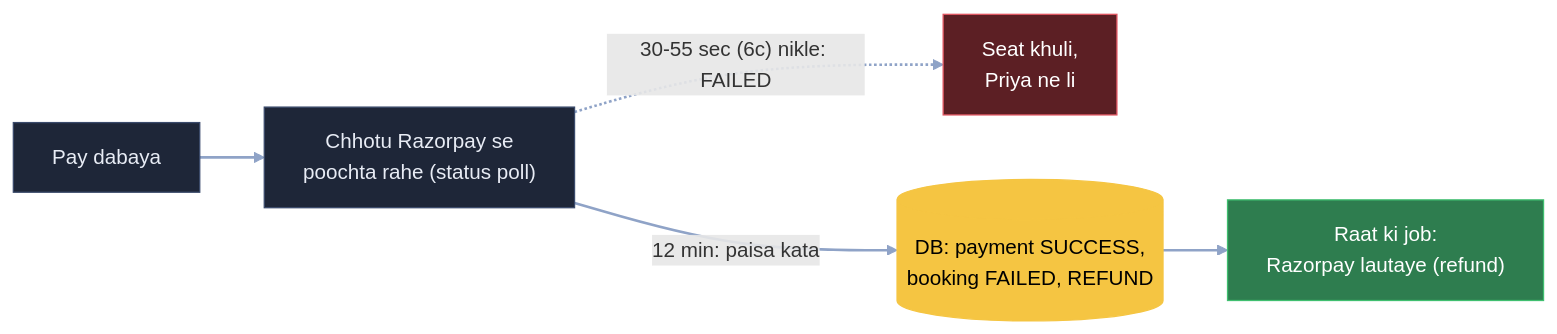
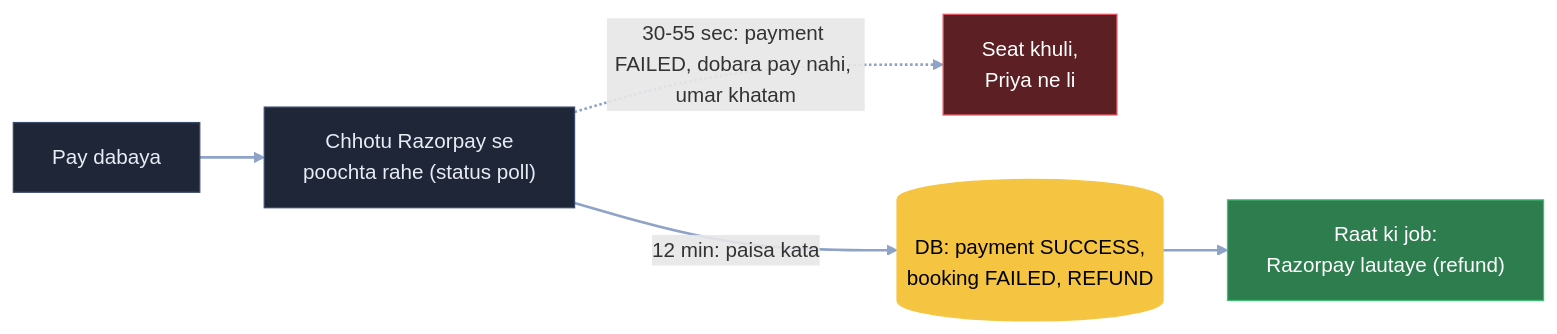
One commit to ArpanMaheshwari144/Prep changed the ninth of 11 diagrams in 04_HLD/SYSTEM_DESIGNS/09_bookmyshow/09_bookmyshow.md. Above: the diagram before and after it, drawn with Mermaid. The commit also changed other lines of this file and 2 other files, not shown here.

Commit message:
BMS 6a-6f: Arpan ka faisla - 30-55 sec pe payment FAILED par seat mat chhodo (bachi umar tak HELD, dobara pay doosre PSP pe); 6a misaal 5:20, 6e kadi, state diagram, FR, chain

````diff
--- a/04_HLD/SYSTEM_DESIGNS/09_bookmyshow/09_bookmyshow.md
+++ b/04_HLD/SYSTEM_DESIGNS/09_bookmyshow/09_bookmyshow.md
@@ -325,12 +330,12 @@
 ```mermaid
 flowchart LR
     P["Pay dabaya"]:::card --> C["Chhotu Razorpay se<br/>poochta rahe (status poll)"]:::card
-    C -. "30-55 sec (6c) nikle: FAILED" .-> W["Seat khuli,<br/>Priya ne li"]:::bad
+    C -. "30-55 sec: payment FAILED, dobara pay nahi, umar khatam" .-> W["Seat khuli,<br/>Priya ne li"]:::bad
     C -- "12 min: paisa kata" --> D[("DB: payment SUCCESS,<br/>booking FAILED, REFUND")]:::pill
     D --> N["Raat ki job:<br/>Razorpay lautaye (refund)"]:::good
     linkStyle default stroke:#8fa3c7,stroke-width:2px
     classDef card fill:#1e2638,stroke:#3a4a6b,color:#e8ecf5
     classDef pill fill:#f5c542,stroke:#f5c542,color:#000
     classDef good fill:#2e7d4f,stroke:#3fbf6f,color:#fff
     classDef bad fill:#5c1f24,stroke:#e05561,color:#fff
 ```
````
